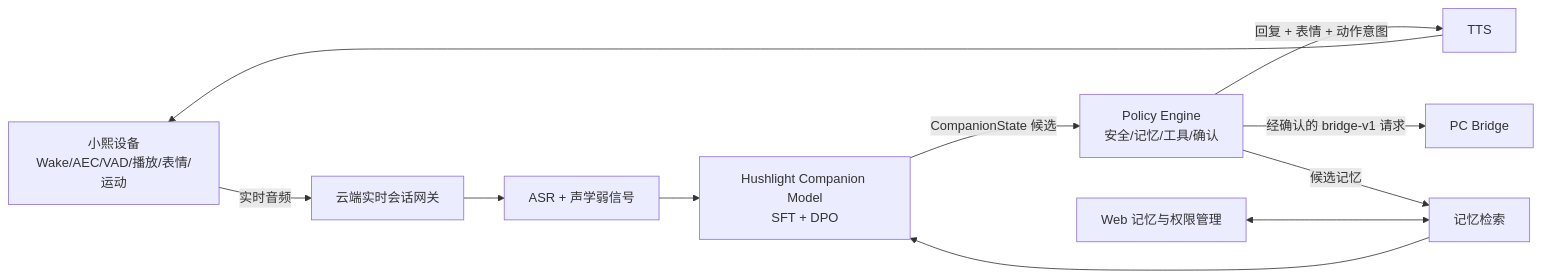
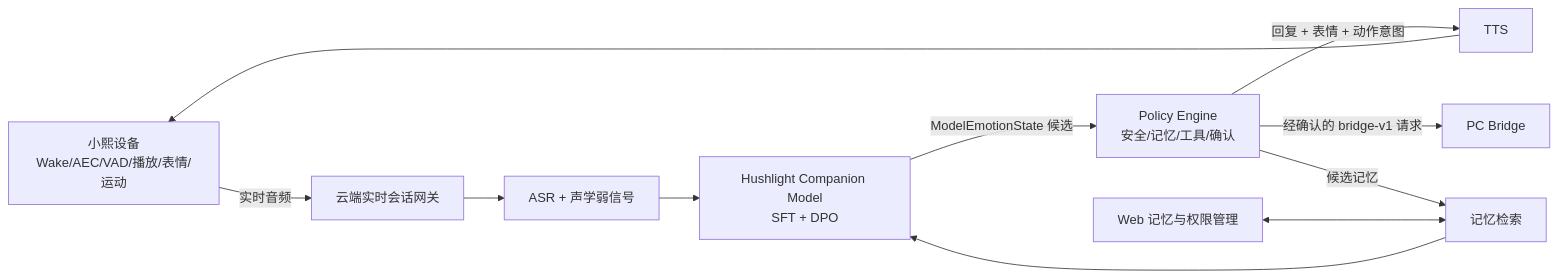
The diagram in LLM/docs/15_ai_emotion_engine_training_plan.md (cafelemon/hushlight), drawn with Mermaid before and after one commit. The commit also changed other lines of this file and 23 other files, not shown here.

````diff
--- a/LLM/docs/15_ai_emotion_engine_training_plan.md
+++ b/LLM/docs/15_ai_emotion_engine_training_plan.md
@@ -26,23 +26,23 @@
 ```mermaid
 flowchart LR
     D["小熙设备<br/>Wake/AEC/VAD/播放/表情/运动"]
     G["云端实时会话网关"]
     A["ASR + 声学弱信号"]
     M["记忆检索"]
     C["Hushlight Companion Model<br/>SFT + DPO"]
     P["Policy Engine<br/>安全/记忆/工具/确认"]
     T["TTS"]
     B["PC Bridge"]
     W["Web 记忆与权限管理"]
 
     D -->|实时音频| G
     G --> A
     A --> C
     M --> C
-    C -->|CompanionState 候选| P
+    C -->|ModelEmotionState 候选| P
     P -->|回复 + 表情 + 动作意图| T
     T --> D
     P -->|经确认的 bridge-v1 请求| B
     P -->|候选记忆| M
     W <--> M
 ```
````
